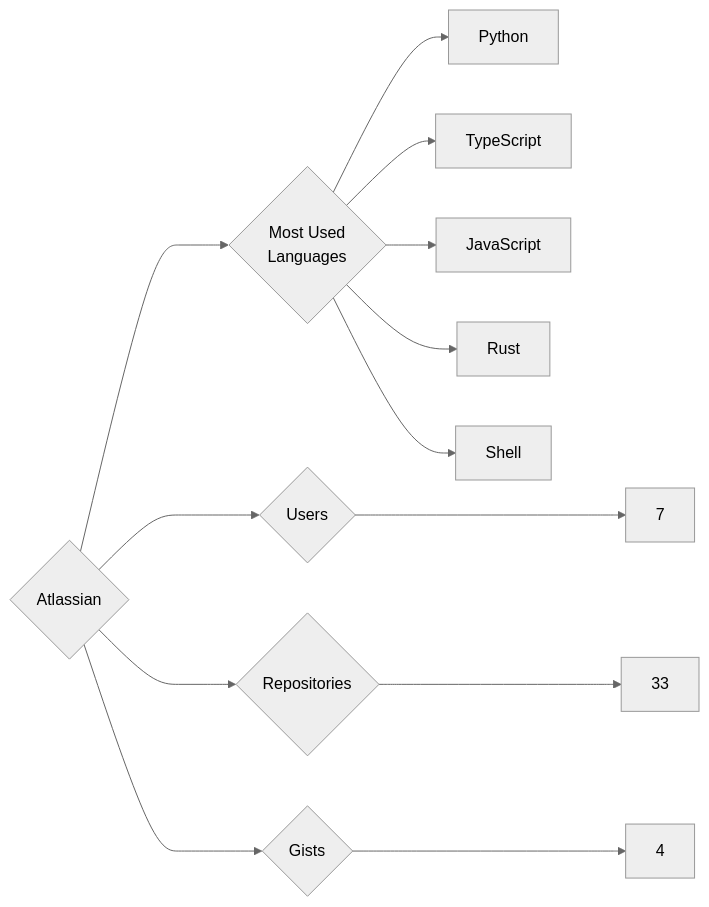
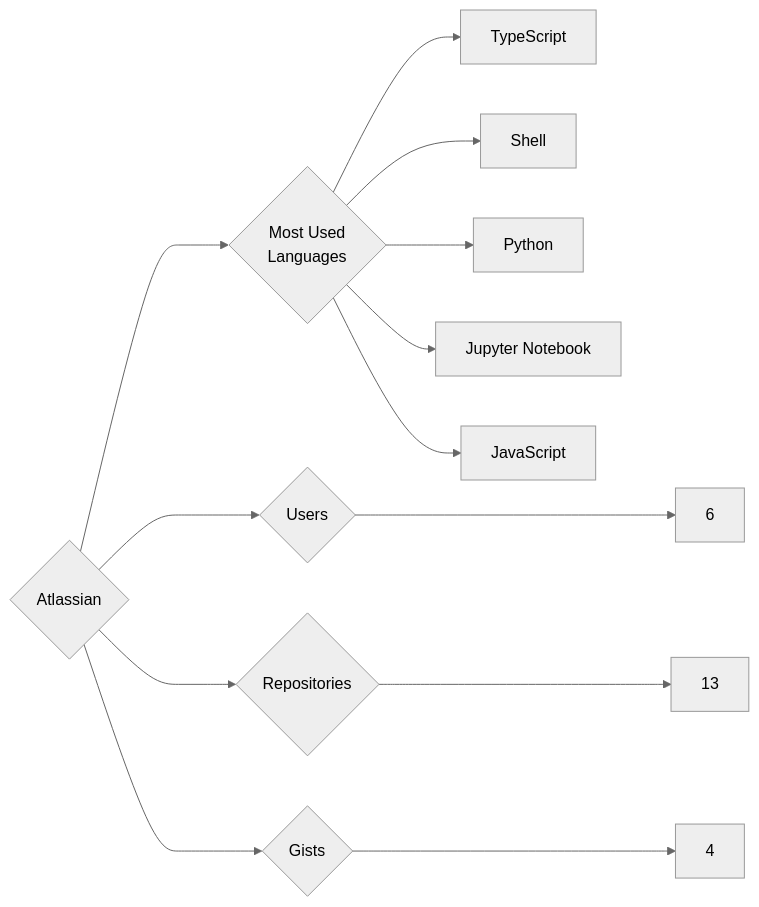
Before and after one commit to trickest/insiders: the diagram in targets/Atlassian/README.md, drawn with Mermaid (neutral theme). The commit also changed 912 other files, not shown here.

````diff
--- a/targets/Atlassian/README.md
+++ b/targets/Atlassian/README.md
@@ -3,13 +3,13 @@
 ```mermaid
 graph LR
 COMPANY_NAME{Atlassian}
-COMPANY_NAME ---> U{Users} ---> UN[7]
-COMPANY_NAME ---> R{Repositories} ---> RN[33]
+COMPANY_NAME ---> U{Users} ---> UN[6]
+COMPANY_NAME ---> R{Repositories} ---> RN[13]
 COMPANY_NAME ---> G{Gists} ---> GN[4]
 COMPANY_NAME ---> ML{Most Used<br>Languages}
+ML --> TypeScript[TypeScript]
+ML --> Shell[Shell]
 ML --> Python[Python]
-ML --> TypeScript[TypeScript]
+ML --> Jupyter_Notebook[Jupyter Notebook]
 ML --> JavaScript[JavaScript]
-ML --> Rust[Rust]
-ML --> Shell[Shell]
 ```
````
